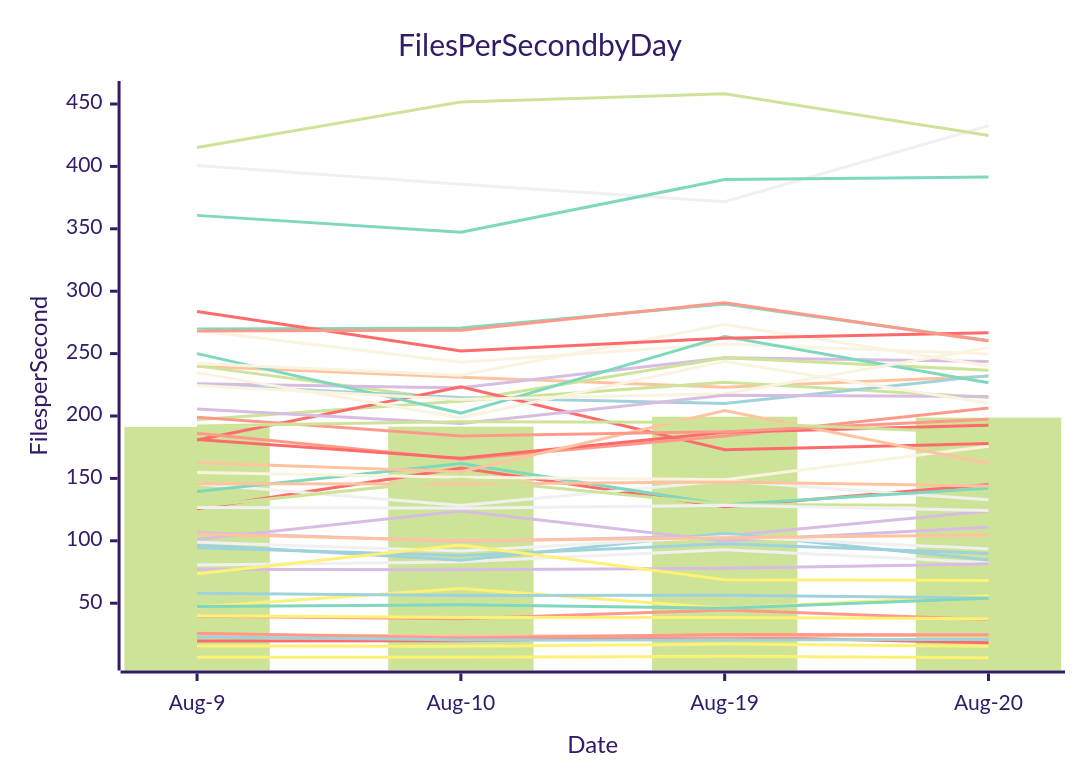
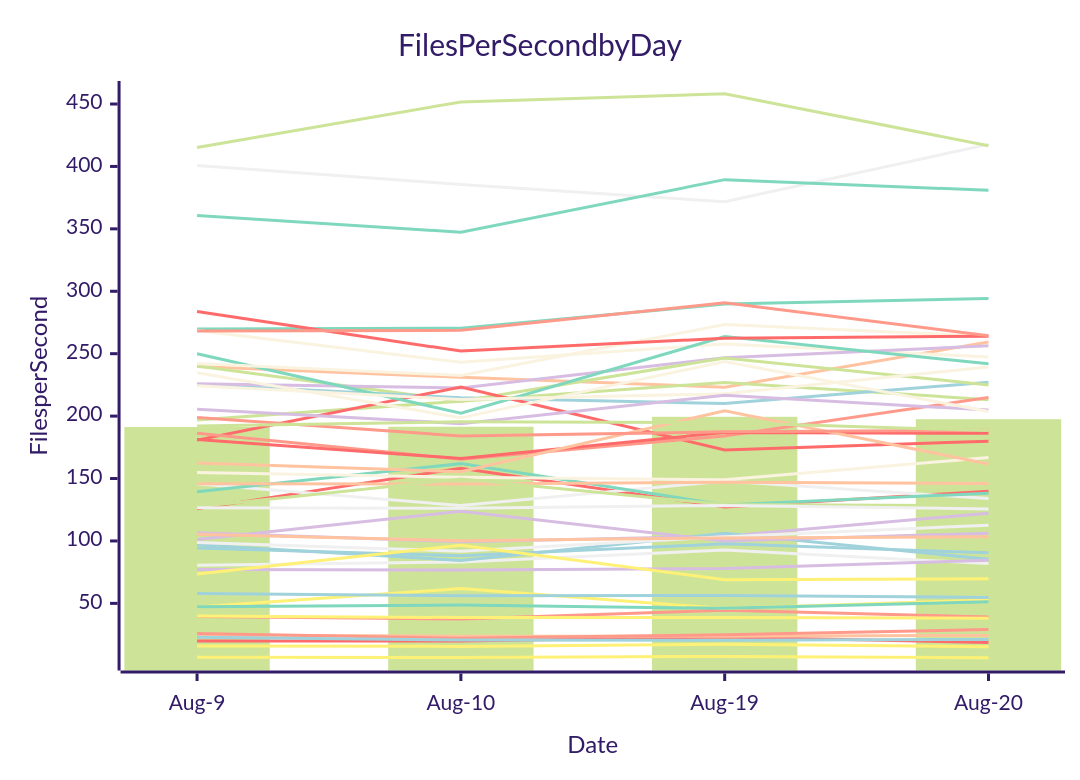
Before and after one commit to streetsidesoftware/cspell: the diagram in perf-report.md, drawn with Mermaid (forest theme). The commit also changed other lines of this file and 2 other files, not shown here.

````diff
--- a/perf-report.md
+++ b/perf-report.md
@@ -11,57 +11,57 @@
 ```mermaid
 xychart-beta
     title Files Per Second by Day
     y-axis Files per Second
     x-axis Date [Aug-9, Aug-10, Aug-19, Aug-20]
-    bar [191.27, 191.48, 199.45, 198.70]
-    line [19.76, 19.87, 23.15, 18.24]
-    line [94.45, 88.13, 97.66, 89.92]
-    line [106.66, 99.38, 103.80, 123.97]
-    line [80.61, 83.15, 92.81, 82.48]
-    line [239.79, 231.09, 223.10, 231.83]
-    line [269.81, 270.47, 289.77, 260.54]
-    line [39.52, 37.52, 44.46, 36.89]
-    line [268.54, 243.09, 257.77, 249.70]
-    line [6.78, 6.60, 7.51, 6.29]
-    line [240.17, 211.99, 227.00, 214.88]
-    line [125.68, 158.27, 127.25, 145.10]
-    line [225.24, 214.74, 210.02, 232.36]
-    line [225.91, 222.58, 246.74, 243.72]
-    line [145.75, 128.32, 148.05, 132.83]
-    line [24.65, 23.72, 23.68, 24.26]
-    line [139.45, 161.93, 128.87, 142.09]
-    line [25.95, 22.03, 24.86, 24.78]
-    line [154.75, 150.93, 149.02, 175.77]
-    line [15.80, 15.53, 17.25, 15.48]
-    line [196.97, 211.99, 246.59, 236.71]
-    line [180.75, 223.35, 172.94, 177.94]
-    line [96.93, 84.41, 106.12, 84.58]
-    line [77.16, 76.75, 77.91, 81.52]
-    line [400.74, 385.62, 371.65, 432.64]
-    line [145.79, 145.58, 147.10, 143.88]
-    line [249.96, 202.34, 263.67, 226.57]
-    line [186.27, 165.43, 184.07, 206.40]
-    line [224.37, 213.27, 217.89, 254.71]
-    line [47.00, 61.84, 45.89, 55.99]
-    line [127.47, 149.55, 129.16, 128.41]
-    line [181.18, 166.12, 186.93, 192.56]
-    line [57.90, 56.15, 56.35, 54.23]
-    line [101.07, 123.80, 99.87, 110.88]
-    line [98.84, 91.76, 103.43, 93.53]
-    line [162.48, 155.40, 204.32, 161.89]
-    line [360.76, 347.31, 389.41, 391.44]
-    line [198.91, 184.05, 187.41, 197.46]
-    line [242.10, 232.62, 273.32, 240.24]
-    line [73.60, 96.61, 68.89, 68.28]
-    line [415.14, 451.69, 458.22, 424.83]
-    line [283.77, 252.09, 262.36, 266.73]
-    line [22.84, 20.59, 20.47, 20.90]
-    line [205.56, 193.98, 216.67, 215.69]
-    line [126.64, 126.17, 128.45, 124.32]
-    line [105.46, 100.11, 102.43, 104.67]
-    line [47.26, 48.66, 46.00, 53.97]
-    line [268.09, 268.70, 290.78, 260.05]
-    line [234.76, 198.61, 243.75, 210.26]
-    line [39.98, 38.63, 38.64, 37.48]
-    line [192.03, 195.48, 194.87, 186.15]
+    bar [191.27, 191.48, 199.45, 197.51]
+    line [19.76, 19.87, 23.15, 18.70]
+    line [94.45, 88.13, 97.66, 90.46]
+    line [106.66, 99.38, 103.80, 122.25]
+    line [80.61, 83.15, 92.81, 81.84]
+    line [239.79, 231.09, 223.10, 259.35]
+    line [269.81, 270.47, 289.77, 294.17]
+    line [39.52, 37.52, 44.46, 39.02]
+    line [268.54, 243.09, 257.77, 247.35]
+    line [6.78, 6.60, 7.51, 6.44]
+    line [240.17, 211.99, 227.00, 213.12]
+    line [125.68, 158.27, 127.25, 139.81]
+    line [225.24, 214.74, 210.02, 227.16]
+    line [225.91, 222.58, 246.74, 256.30]
+    line [145.75, 128.32, 148.05, 133.92]
+    line [24.65, 23.72, 23.68, 24.34]
+    line [139.45, 161.93, 128.87, 138.24]
+    line [25.95, 22.03, 24.86, 29.03]
+    line [154.75, 150.93, 149.02, 166.83]
+    line [15.80, 15.53, 17.25, 15.30]
+    line [196.97, 211.99, 246.59, 224.98]
+    line [180.75, 223.35, 172.94, 179.93]
+    line [96.93, 84.41, 106.12, 85.35]
+    line [77.16, 76.75, 77.91, 84.48]
+    line [400.74, 385.62, 371.65, 417.68]
+    line [145.79, 145.58, 147.10, 146.08]
+    line [249.96, 202.34, 263.67, 241.91]
+    line [186.27, 165.43, 184.07, 214.92]
+    line [224.37, 213.27, 217.89, 239.33]
+    line [47.00, 61.84, 45.89, 52.68]
+    line [127.47, 149.55, 129.16, 128.16]
+    line [181.18, 166.12, 186.93, 186.21]
+    line [57.90, 56.15, 56.35, 54.76]
+    line [101.07, 123.80, 99.87, 106.26]
+    line [98.84, 91.76, 103.43, 112.64]
+    line [162.48, 155.40, 204.32, 161.66]
+    line [360.76, 347.31, 389.41, 380.85]
+    line [198.91, 184.05, 187.41, 188.61]
+    line [242.10, 232.62, 273.32, 263.78]
+    line [73.60, 96.61, 68.89, 69.67]
+    line [415.14, 451.69, 458.22, 416.58]
+    line [283.77, 252.09, 262.36, 263.98]
+    line [22.84, 20.59, 20.47, 21.10]
+    line [205.56, 193.98, 216.67, 204.80]
+    line [126.64, 126.17, 128.45, 125.63]
+    line [105.46, 100.11, 102.43, 103.31]
+    line [47.26, 48.66, 46.00, 51.23]
+    line [268.09, 268.70, 290.78, 264.38]
+    line [234.76, 198.61, 243.75, 203.70]
+    line [39.98, 38.63, 38.64, 38.08]
+    line [192.03, 195.48, 194.87, 188.41]
 ```
````
